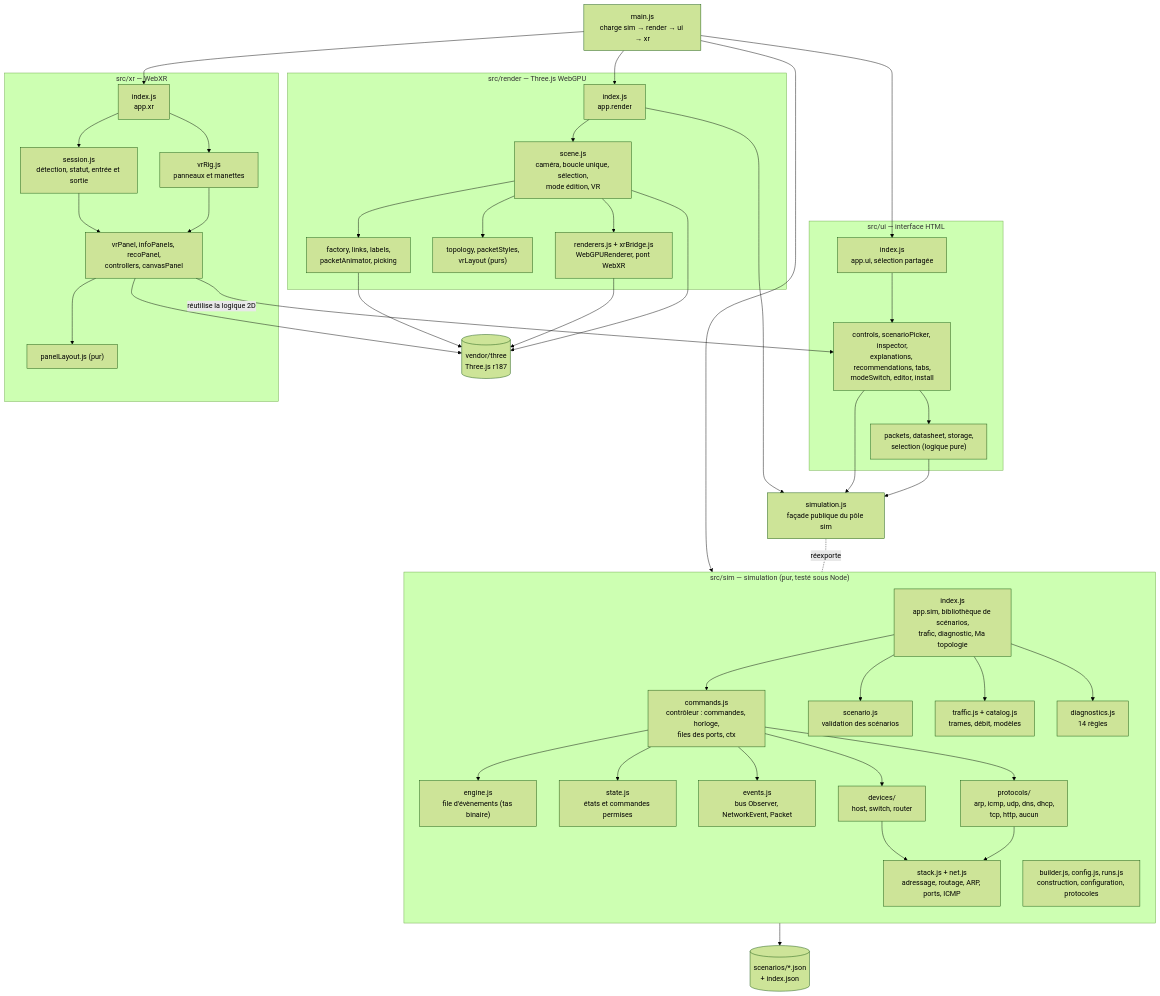
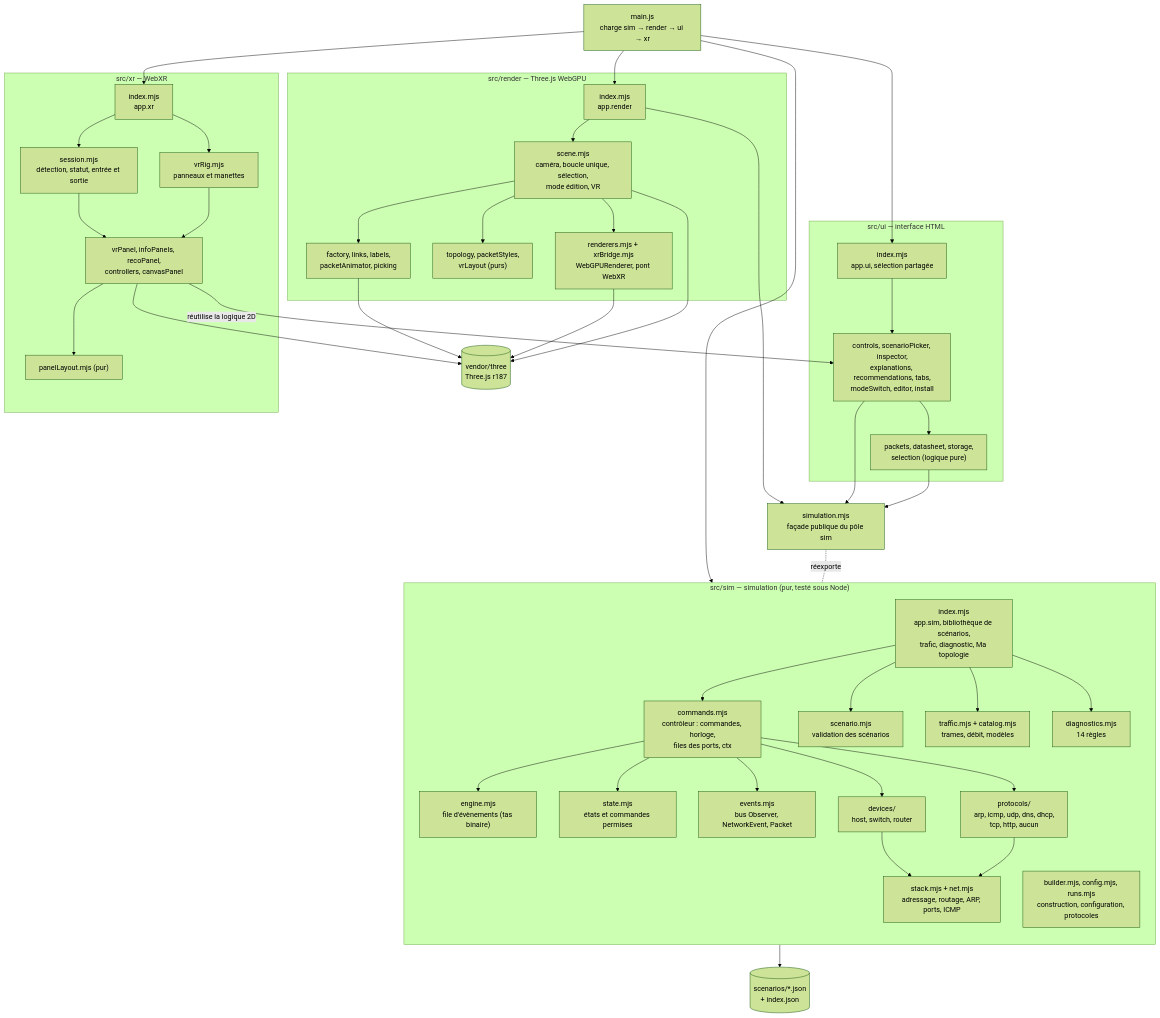
One commit to Bensabbehayoub/3D-network-topology changed the first of 6 diagrams in docs/architecture.md. Above: the diagram before and after it, drawn with Mermaid (forest theme). The commit also changed other lines of this file and 133 other files, not shown here.

First line of the commit message:
Paquets le long des câbles et de taille unique ; modules renommés en .mjs (sauf main.js et sw.js)

````diff
--- a/docs/architecture.md
+++ b/docs/architecture.md
@@ -17,61 +17,61 @@
 ```mermaid
 flowchart TB
     main["main.js<br/>charge sim → render → ui → xr"]
-    facade["simulation.js<br/>façade publique du pôle sim"]
+    facade["simulation.mjs<br/>façade publique du pôle sim"]
 
     subgraph sim["src/sim — simulation (pur, testé sous Node)"]
       direction TB
-      simindex["index.js<br/>app.sim, bibliothèque de scénarios,<br/>trafic, diagnostic, Ma topologie"]
-      commands["commands.js<br/>contrôleur : commandes, horloge,<br/>files des ports, ctx"]
-      engine["engine.js<br/>file d'évènements (tas binaire)"]
-      state["state.js<br/>états et commandes permises"]
-      events["events.js<br/>bus Observer, NetworkEvent, Packet"]
-      scenario["scenario.js<br/>validation des scénarios"]
-      stack["stack.js + net.js<br/>adressage, routage, ARP, ports, ICMP"]
+      simindex["index.mjs<br/>app.sim, bibliothèque de scénarios,<br/>trafic, diagnostic, Ma topologie"]
+      commands["commands.mjs<br/>contrôleur : commandes, horloge,<br/>files des ports, ctx"]
+      engine["engine.mjs<br/>file d'évènements (tas binaire)"]
+      state["state.mjs<br/>états et commandes permises"]
+      events["events.mjs<br/>bus Observer, NetworkEvent, Packet"]
+      scenario["scenario.mjs<br/>validation des scénarios"]
+      stack["stack.mjs + net.mjs<br/>adressage, routage, ARP, ports, ICMP"]
       devices["devices/<br/>host, switch, router"]
       protocols["protocols/<br/>arp, icmp, udp, dns, dhcp,<br/>tcp, http, aucun"]
-      traffic["traffic.js + catalog.js<br/>trames, débit, modèles"]
-      diag["diagnostics.js<br/>14 règles"]
-      build["builder.js, config.js, runs.js<br/>construction, configuration, protocoles"]
+      traffic["traffic.mjs + catalog.mjs<br/>trames, débit, modèles"]
+      diag["diagnostics.mjs<br/>14 règles"]
+      build["builder.mjs, config.mjs, runs.mjs<br/>construction, configuration, protocoles"]
       simindex --> commands --> engine & state & events
       simindex --> scenario & traffic & diag
       commands --> devices --> stack
       commands --> protocols --> stack
     end
 
     subgraph render["src/render — Three.js WebGPU"]
-      rindex["index.js<br/>app.render"]
-      scene["scene.js<br/>caméra, boucle unique, sélection,<br/>mode édition, VR"]
+      rindex["index.mjs<br/>app.render"]
+      scene["scene.mjs<br/>caméra, boucle unique, sélection,<br/>mode édition, VR"]
       rparts["factory, links, labels,<br/>packetAnimator, picking"]
       rpure["topology, packetStyles,<br/>vrLayout (purs)"]
-      renderers["renderers.js + xrBridge.js<br/>WebGPURenderer, pont WebXR"]
+      renderers["renderers.mjs + xrBridge.mjs<br/>WebGPURenderer, pont WebXR"]
       rindex --> scene --> rparts & rpure & renderers
     end
 
     subgraph ui["src/ui — interface HTML"]
-      uindex["index.js<br/>app.ui, sélection partagée"]
+      uindex["index.mjs<br/>app.ui, sélection partagée"]
       umods["controls, scenarioPicker, inspector,<br/>explanations, recommendations, tabs,<br/>modeSwitch, editor, install"]
       upure["packets, datasheet, storage,<br/>selection (logique pure)"]
       uindex --> umods --> upure
     end
 
     subgraph xr["src/xr — WebXR"]
-      xindex["index.js<br/>app.xr"]
-      session["session.js<br/>détection, statut, entrée et sortie"]
-      rig["vrRig.js<br/>panneaux et manettes"]
+      xindex["index.mjs<br/>app.xr"]
+      session["session.mjs<br/>détection, statut, entrée et sortie"]
+      rig["vrRig.mjs<br/>panneaux et manettes"]
       xparts["vrPanel, infoPanels, recoPanel,<br/>controllers, canvasPanel"]
-      layout["panelLayout.js (pur)"]
+      layout["panelLayout.mjs (pur)"]
       xindex --> session & rig --> xparts --> layout
     end
 
     three[("vendor/three<br/>Three.js r187")]
     data[("scenarios/*.json<br/>+ index.json")]
 
     main --> simindex & rindex & uindex & xindex
     facade -. "réexporte" .- sim
     rindex & umods & upure --> facade
     xparts -- "réutilise la logique 2D" --> umods
     rparts & renderers & scene --> three
     xparts --> three
     simindex --> data
 ```
````
